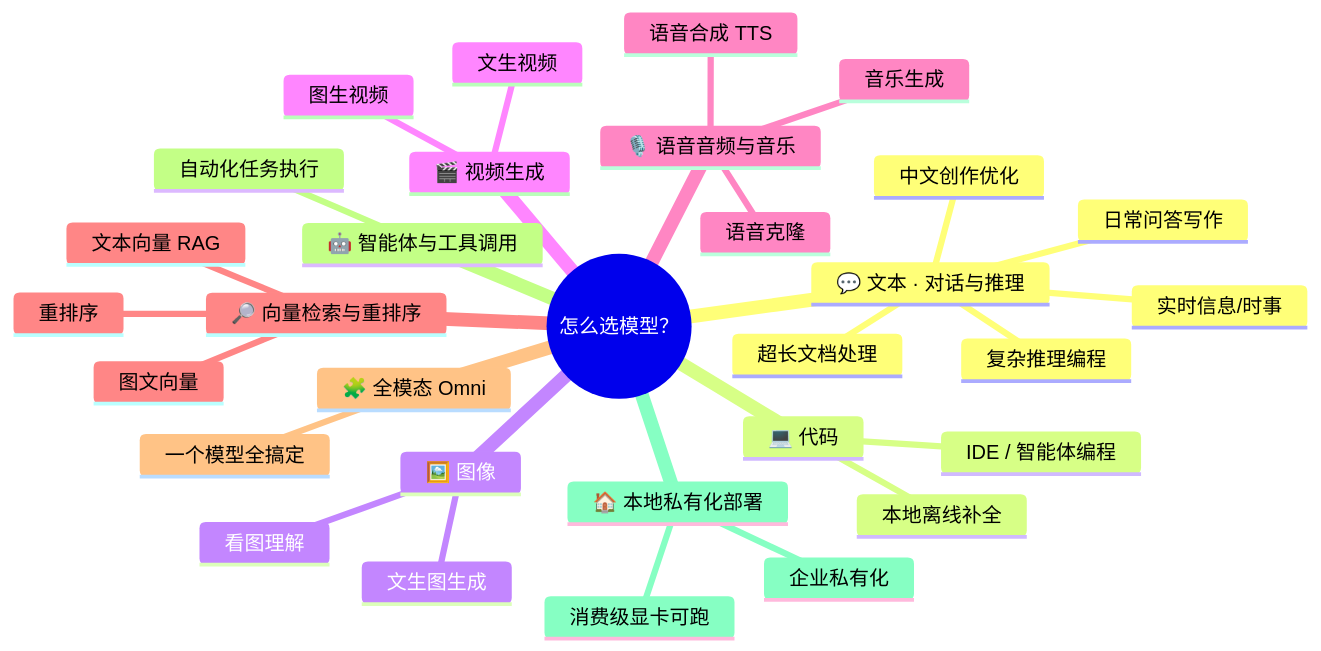
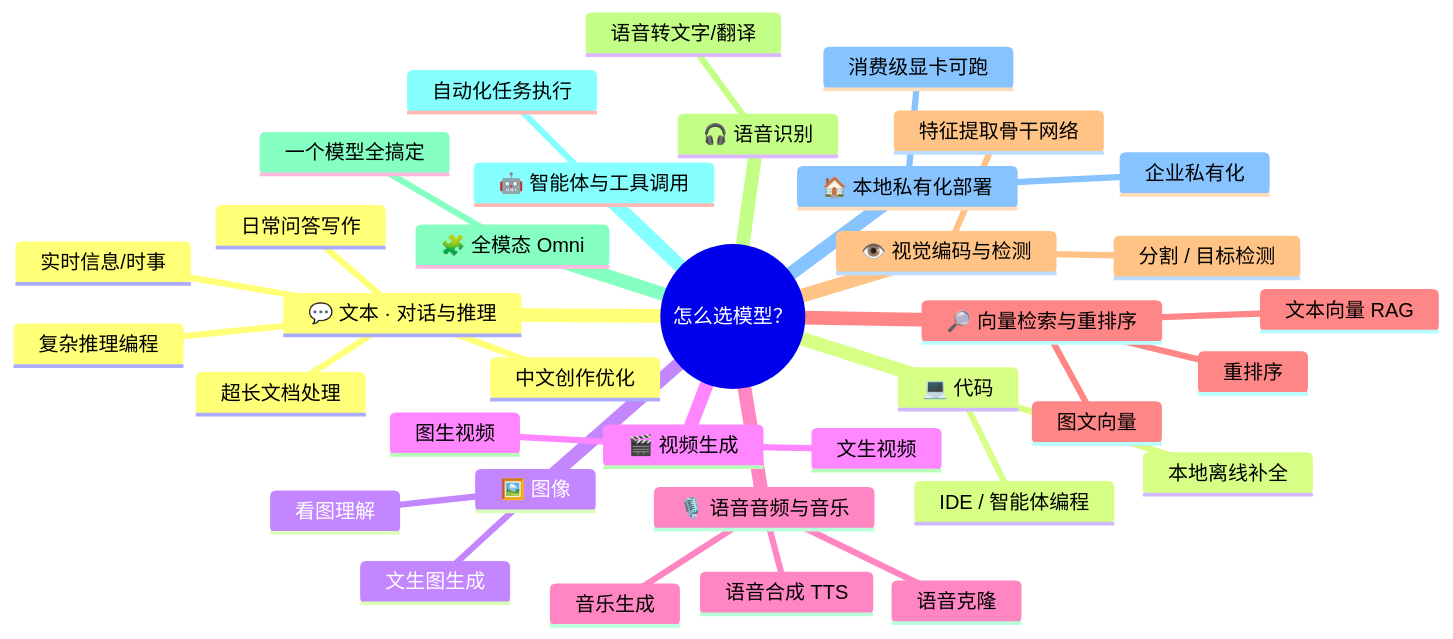
Before and after one commit to HoobenWang/awesome-llm-landscape: the first of 3 diagrams in README.zh-CN.md, drawn with Mermaid. The commit also changed other lines of this file and 2 other files, not shown here.

````diff
--- a/README.zh-CN.md
+++ b/README.zh-CN.md
@@ -48,34 +50,39 @@
 ```mermaid
 mindmap
   root((怎么选模型？))
     💬 文本 · 对话与推理
       日常问答写作
       复杂推理编程
       超长文档处理
       中文创作优化
       实时信息/时事
     💻 代码
       IDE / 智能体编程
       本地离线补全
     🖼️ 图像
       看图理解
       文生图生成
     🎬 视频生成
       文生视频
       图生视频
     🎙️ 语音音频与音乐
       语音合成 TTS
       语音克隆
       音乐生成
     🔎 向量检索与重排序
       文本向量 RAG
       图文向量
       重排序
+    👁️ 视觉编码与检测
+      特征提取骨干网络
+      分割 / 目标检测
+    🎧 语音识别
+      语音转文字/翻译
     🧩 全模态 Omni
       一个模型全搞定
     🤖 智能体与工具调用
       自动化任务执行
     🏠 本地私有化部署
       消费级显卡可跑
       企业私有化
 ```
````
